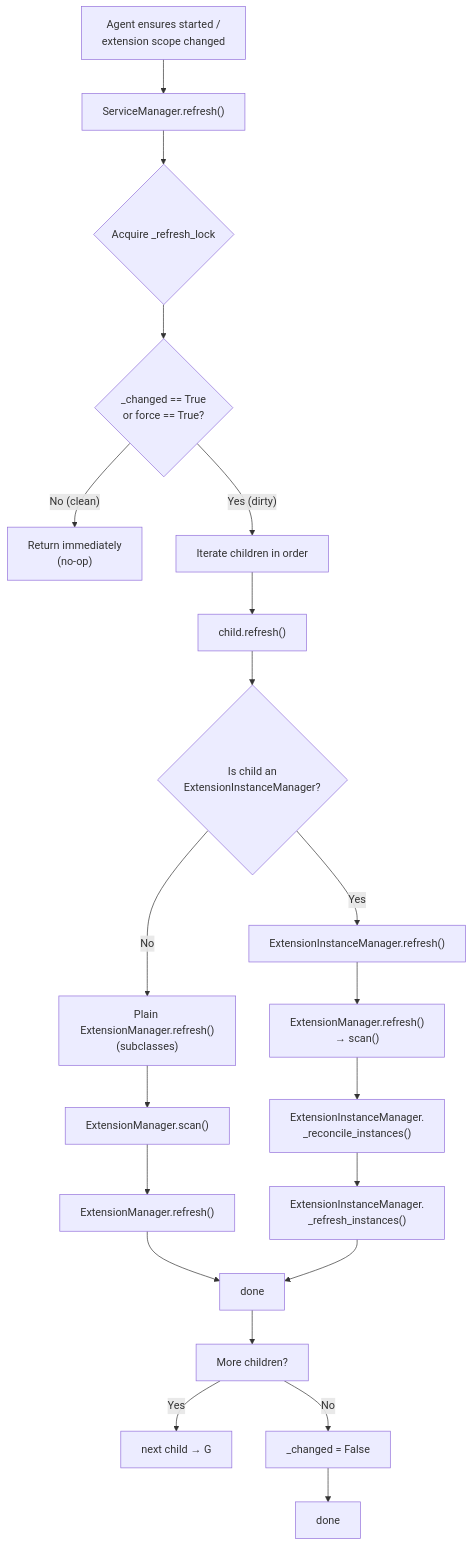
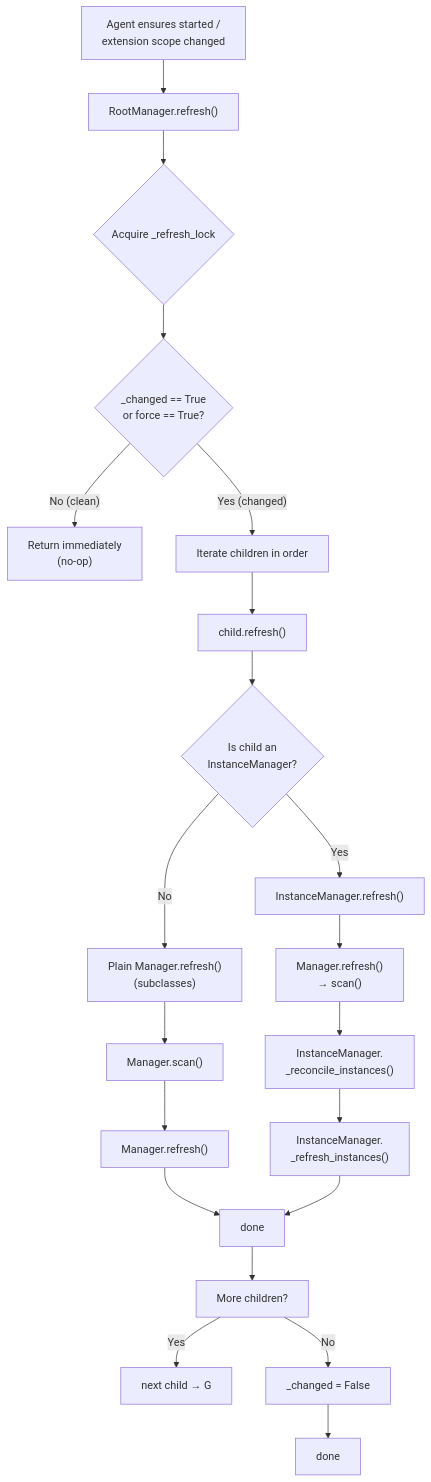
The eighth of 12 diagrams in visuals.md (matrixd0t/commamatrix), drawn with Mermaid before and after one commit. The commit also changed other lines of this file and 34 other files, not shown here.

````diff
--- a/visuals.md
+++ b/visuals.md
@@ -427,28 +428,28 @@
 ```mermaid
 flowchart TD
-    A["Agent ensures started /<br/>extension scope changed"] --> B["ServiceManager.refresh()"]
+    A["Agent ensures started /<br/>extension scope changed"] --> B["RootManager.refresh()"]
     B --> C{Acquire _refresh_lock}
     C --> D{_changed == True<br/>or force == True?}
     D -->|"No (clean)"| E["Return immediately<br/>(no-op)"]
-    D -->|"Yes (dirty)"| F["Iterate children in order"]
+    D -->|"Yes (changed)"| F["Iterate children in order"]
 
     F --> G["child.refresh()"]
-    G --> H{"Is child an<br/>ExtensionInstanceManager?"}
+    G --> H{"Is child an<br/>InstanceManager?"}
 
-    H -->|"Yes"| I["ExtensionInstanceManager.refresh()"]
-    H -->|"No"| J["Plain ExtensionManager.refresh()<br/>(subclasses)"]
+    H -->|"Yes"| I["InstanceManager.refresh()"]
+    H -->|"No"| J["Plain Manager.refresh()<br/>(subclasses)"]
 
-    J --> K["ExtensionManager.scan()"]
-    K --> L["ExtensionManager.refresh()"]
+    J --> K["Manager.scan()"]
+    K --> L["Manager.refresh()"]
     L --> M["done"]
 
-    I --> N["ExtensionManager.refresh()<br/>→ scan()"]
-    N --> O["ExtensionInstanceManager.<br/>_reconcile_instances()"]
-    O --> P["ExtensionInstanceManager.<br/>_refresh_instances()"]
+    I --> N["Manager.refresh()<br/>→ scan()"]
+    N --> O["InstanceManager.<br/>_reconcile_instances()"]
+    O --> P["InstanceManager.<br/>_refresh_instances()"]
     P --> M
 
     M --> Q["More children?"]
     Q -->|"Yes"| R["next child → G"]
     Q -->|"No"| S["_changed = False"]
     S --> T["done"]
 ```
````
